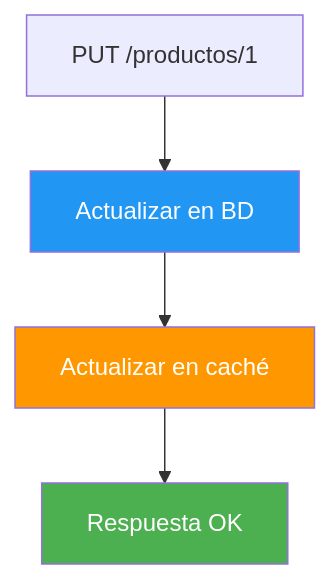
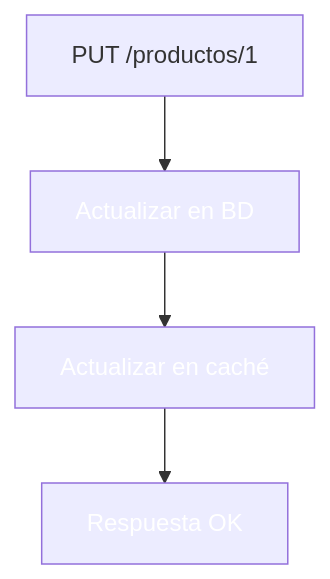
The ninth of 17 diagrams in 14-cache-redis.md (joseluisgs/DesarrolloWebEntornosServidor-02-2026-2027), drawn with Mermaid before and after one commit. The commit also changed other lines of this file and 41 other files, not shown here.

````diff
--- a/14-cache-redis.md
+++ b/14-cache-redis.md
@@ -341,9 +341,9 @@
 ```mermaid
 flowchart TD
     A["PUT /productos/1"] --> B["Actualizar en BD"]
     B --> C["Actualizar en caché"]
     C --> D["Respuesta OK"]
-    style B fill:#2196F3,color:#fff
-    style C fill:#FF9800,color:#fff
-    style D fill:#4CAF50,color:#fff
+    style B fill:#2196F,color:#fff3,color:#fff
+    style C fill:#FF980,color:#fff0,color:#fff
+    style D fill:#4CAF5,color:#fff0,color:#fff
 ```
````
